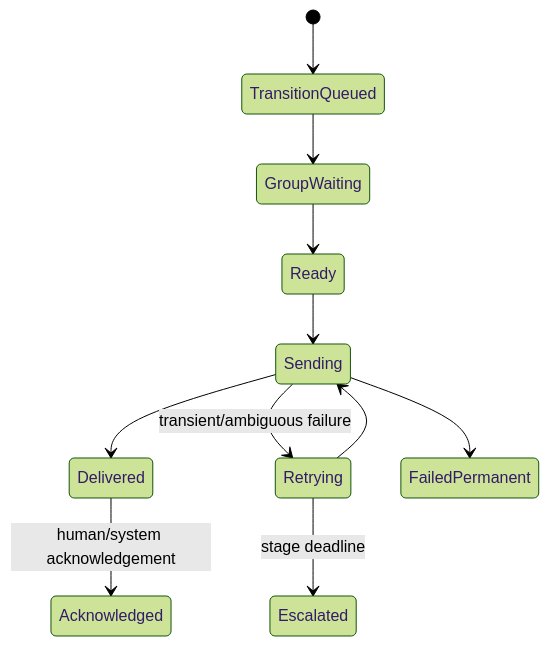
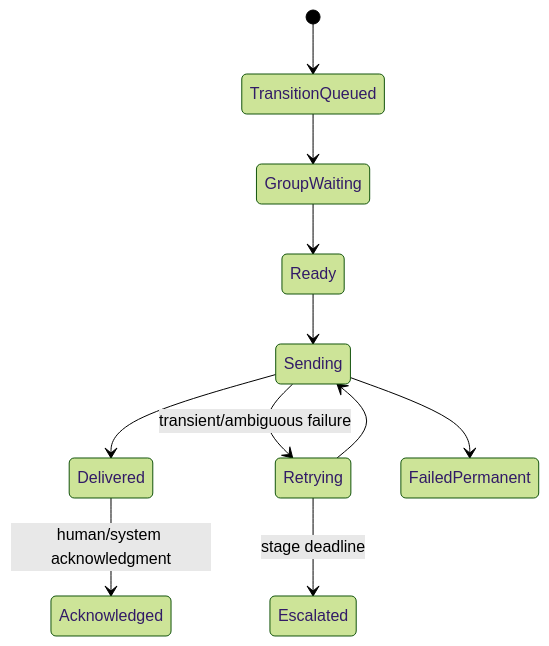
Before and after one commit to babushkai/system-design-patterns: the second of 2 diagrams in 11-observability/04-alerting.md, drawn with Mermaid (forest theme). The commit also changed other lines of this file and 99 other files, not shown here.

```diff
--- a/11-observability/04-alerting.md
+++ b/11-observability/04-alerting.md
@@ -215,13 +215,13 @@
 ~~~mermaid
 stateDiagram-v2
     [*] --> TransitionQueued
     TransitionQueued --> GroupWaiting
     GroupWaiting --> Ready
     Ready --> Sending
     Sending --> Delivered
     Sending --> Retrying: transient/ambiguous failure
     Retrying --> Sending
     Retrying --> Escalated: stage deadline
     Sending --> FailedPermanent
-    Delivered --> Acknowledged: human/system acknowledgement
+    Delivered --> Acknowledged: human/system acknowledgment
 ~~~
```
